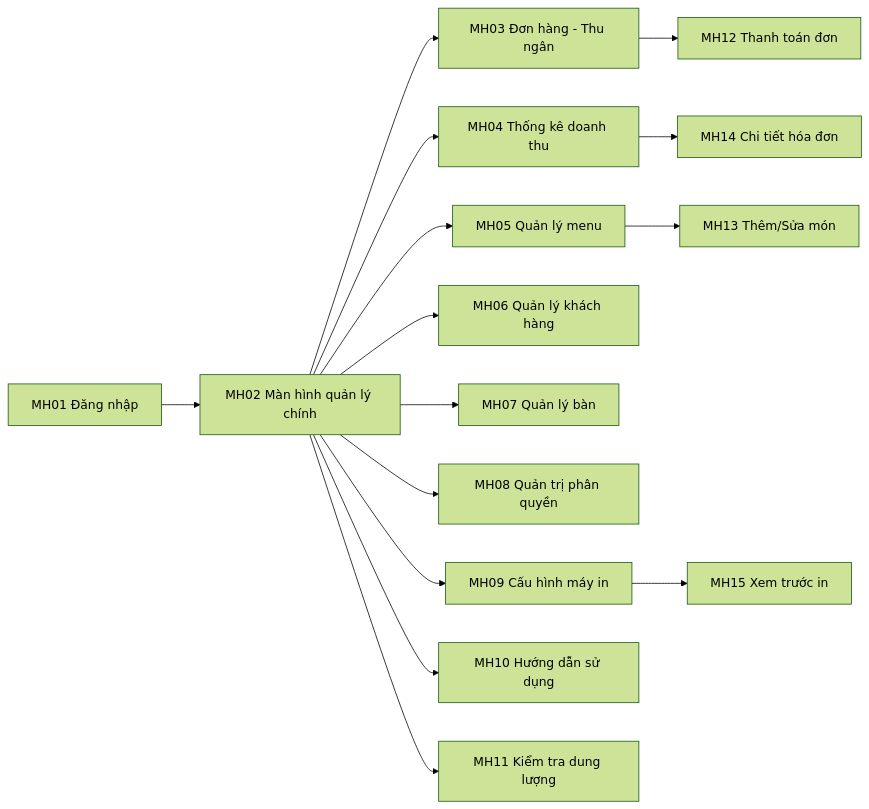
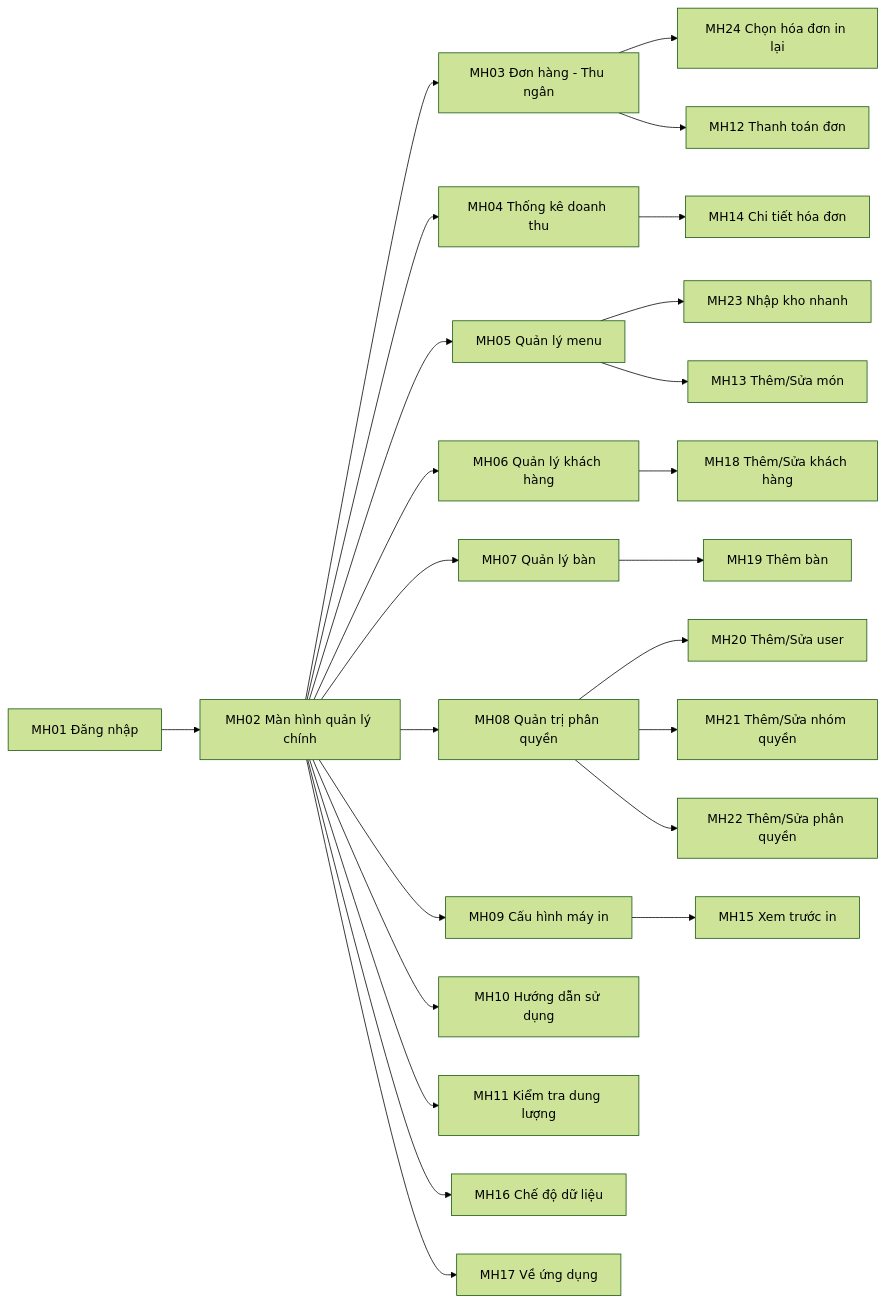
Before and after one commit to PhiLongcode/CNPM_AppOrderBill: the diagram in docs/THIET_KE_GIAO_DIEN_AppOrderBill_theo_Lab4.md, drawn with Mermaid (forest theme). The commit also changed other lines of this file and 71 other files, not shown here.

````diff
--- a/docs/THIET_KE_GIAO_DIEN_AppOrderBill_theo_Lab4.md
+++ b/docs/THIET_KE_GIAO_DIEN_AppOrderBill_theo_Lab4.md
@@ -18,17 +18,26 @@
 ```mermaid
 flowchart LR
 loginScreen["MH01 Đăng nhập"] --> mainLayout["MH02 Màn hình quản lý chính"]
 mainLayout --> orderScreen["MH03 Đơn hàng - Thu ngân"]
 mainLayout --> dashboardScreen["MH04 Thống kê doanh thu"]
 mainLayout --> menuManagement["MH05 Quản lý menu"]
 mainLayout --> customerManagement["MH06 Quản lý khách hàng"]
 mainLayout --> tableManagement["MH07 Quản lý bàn"]
 mainLayout --> adminManagement["MH08 Quản trị phân quyền"]
 mainLayout --> printerConfig["MH09 Cấu hình máy in"]
 mainLayout --> userGuide["MH10 Hướng dẫn sử dụng"]
 mainLayout --> storageDialog["MH11 Kiểm tra dung lượng"]
+mainLayout --> dataModeDialog["MH16 Chế độ dữ liệu"]
+mainLayout --> aboutDialog["MH17 Về ứng dụng"]
+customerManagement --> customerFormDialog["MH18 Thêm/Sửa khách hàng"]
+tableManagement --> addTableDialog["MH19 Thêm bàn"]
+adminManagement --> userFormDialog["MH20 Thêm/Sửa user"]
+adminManagement --> roleFormDialog["MH21 Thêm/Sửa nhóm quyền"]
+adminManagement --> permissionFormDialog["MH22 Thêm/Sửa phân quyền"]
+menuManagement --> addStockDialog["MH23 Nhập kho nhanh"]
+orderScreen --> reprintDialog["MH24 Chọn hóa đơn in lại"]
 orderScreen --> checkoutDialog["MH12 Thanh toán đơn"]
 menuManagement --> menuItemDialog["MH13 Thêm/Sửa món"]
 dashboardScreen --> paymentDetailDialog["MH14 Chi tiết hóa đơn"]
 printerConfig --> printPreview["MH15 Xem trước in"]
 ```
````
